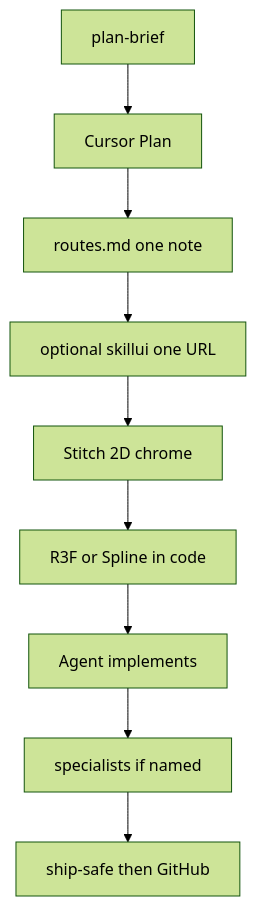
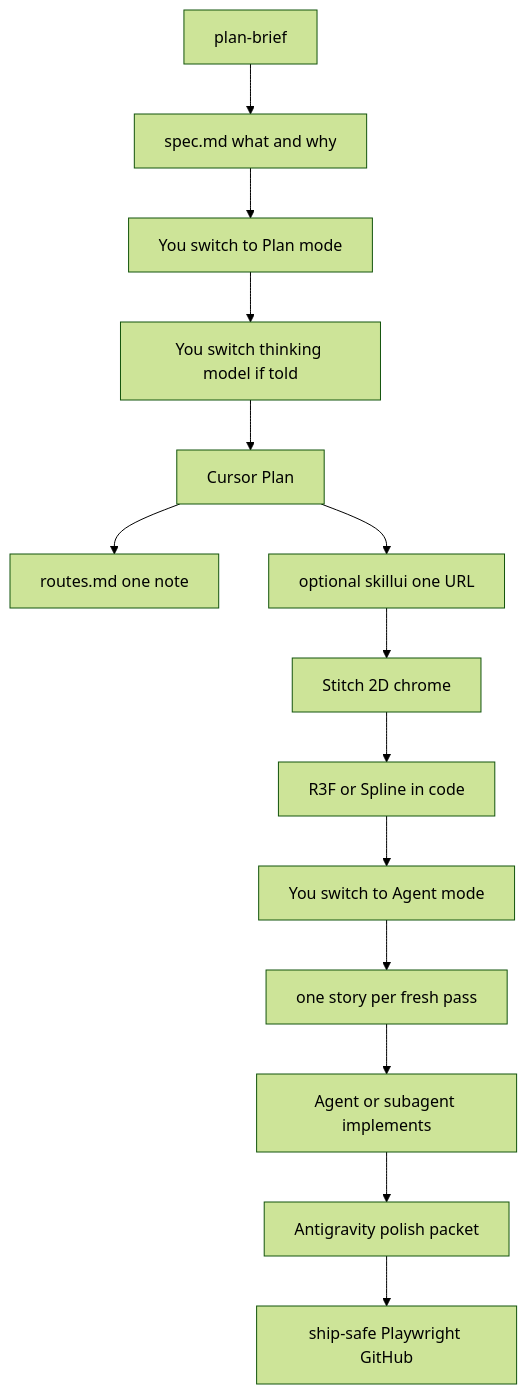
Before and after one commit to mahik504/orchestra-workflow: the diagram in ARCHITECTURE.md, drawn with Mermaid (forest theme). The commit also changed other lines of this file and 17 other files, not shown here.

````diff
--- a/ARCHITECTURE.md
+++ b/ARCHITECTURE.md
@@ -35,13 +35,19 @@
 ```mermaid
 flowchart TD
   brief["plan-brief"]
+  specFile["spec.md what and why"]
+  modePlan["You switch to Plan mode"]
+  modelPick["You switch thinking model if told"]
   planNode["Cursor Plan"]
   routes["routes.md one note"]
   skillui["optional skillui one URL"]
   stitch["Stitch 2D chrome"]
   threeD["R3F or Spline in code"]
-  agent["Agent implements"]
-  spec["specialists if named"]
-  ship["ship-safe then GitHub"]
-  brief --> planNode --> routes --> skillui --> stitch --> threeD --> agent --> spec --> ship
+  modeAgent["You switch to Agent mode"]
+  story["one story per fresh pass"]
+  agent["Agent or subagent implements"]
+  anti["Antigravity polish packet"]
+  ship["ship-safe Playwright GitHub"]
+  brief --> specFile --> modePlan --> modelPick --> planNode --> routes
+  planNode --> skillui --> stitch --> threeD --> modeAgent --> story --> agent --> anti --> ship
 ```
````
